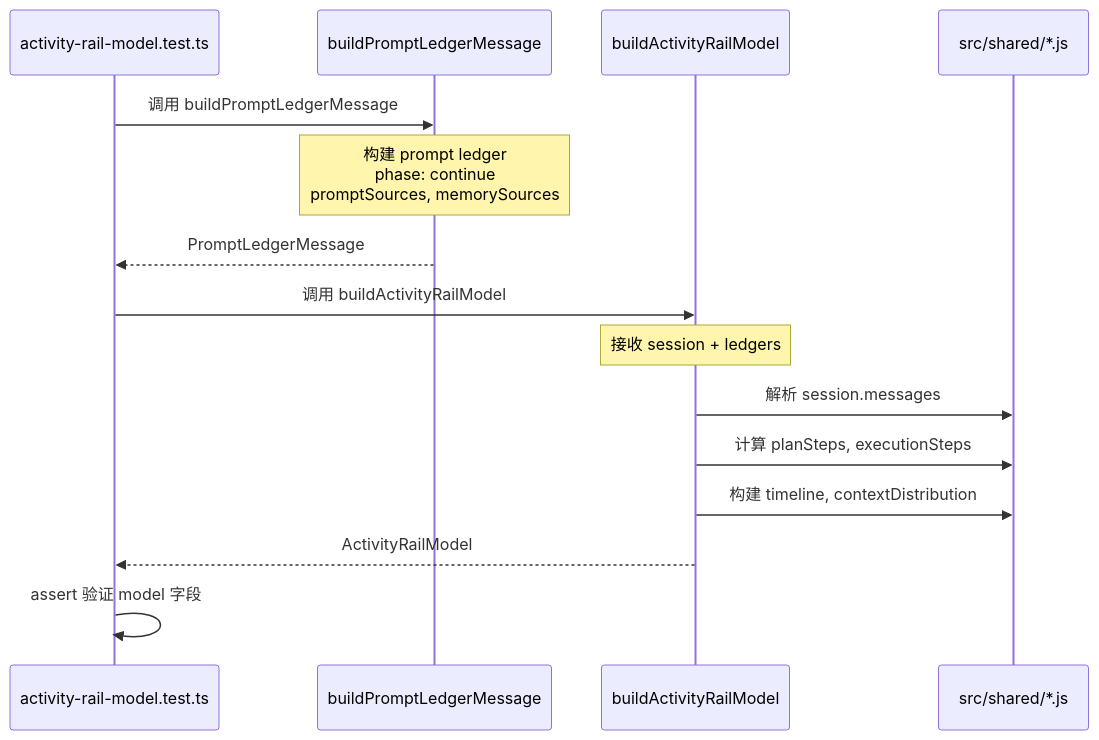
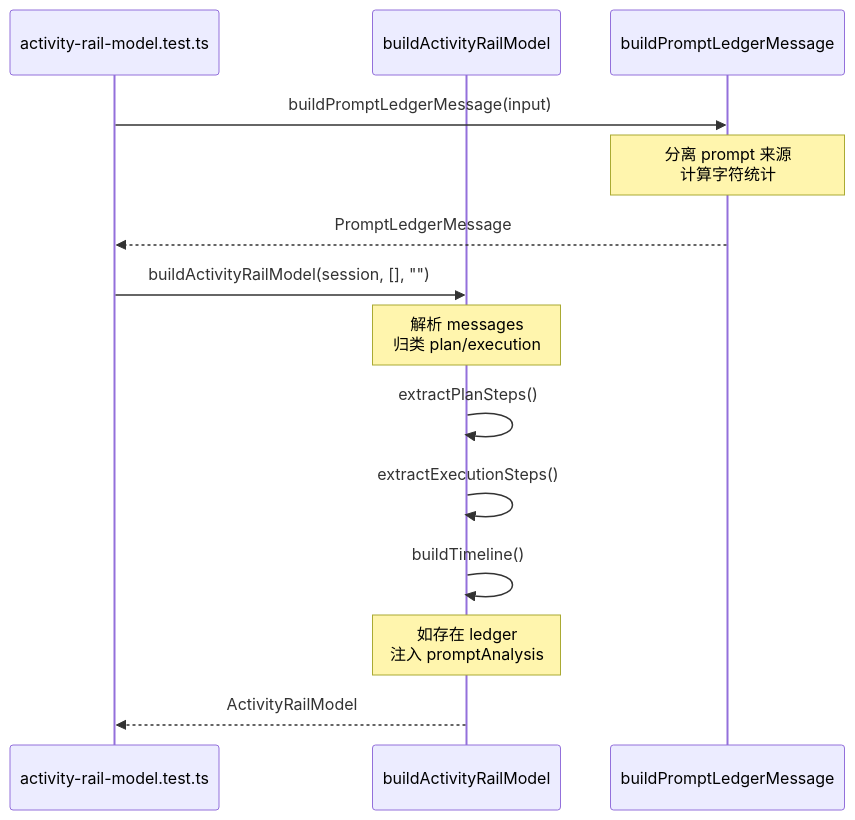
Before and after one commit to lst016/tech-cc-hub: the third of 5 diagrams in .tech/repowiki/zh/content/核心模块规格/测试体系总览.md, drawn with Mermaid. The commit also changed other lines of this file and 176 other files, not shown here.

````diff
--- a/.tech/repowiki/zh/content/核心模块规格/测试体系总览.md
+++ b/.tech/repowiki/zh/content/核心模块规格/测试体系总览.md
@@ -293,20 +206,18 @@
 ```mermaid
 sequenceDiagram
     participant Test as activity-rail-model.test.ts
+    participant Model as buildActivityRailModel
     participant Ledger as buildPromptLedgerMessage
-    participant Model as buildActivityRailModel
-    participant Src as src/shared/*.js
 
-    Test->>Ledger: 调用 buildPromptLedgerMessage
-    Note over Ledger: 构建 prompt ledger<br/>phase: continue<br/>promptSources, memorySources
+    Test->>Ledger: buildPromptLedgerMessage(input)
+    Note over Ledger: 分离 prompt 来源<br/>计算字符统计
     Ledger-->>Test: PromptLedgerMessage
 
-    Test->>Model: 调用 buildActivityRailModel
-    Note over Model: 接收 session + ledgers
-    Model->>Src: 解析 session.messages
-    Model->>Src: 计算 planSteps, executionSteps
-    Model->>Src: 构建 timeline, contextDistribution
+    Test->>Model: buildActivityRailModel(session, [], "")
+    Note over Model: 解析 messages<br/>归类 plan/execution
+    Model->>Model: extractPlanSteps()
+    Model->>Model: extractExecutionSteps()
+    Model->>Model: buildTimeline()
+    Note over Model: 如存在 ledger<br/>注入 promptAnalysis
     Model-->>Test: ActivityRailModel
-
-    Test->>Test: assert 验证 model 字段
 ```
````
